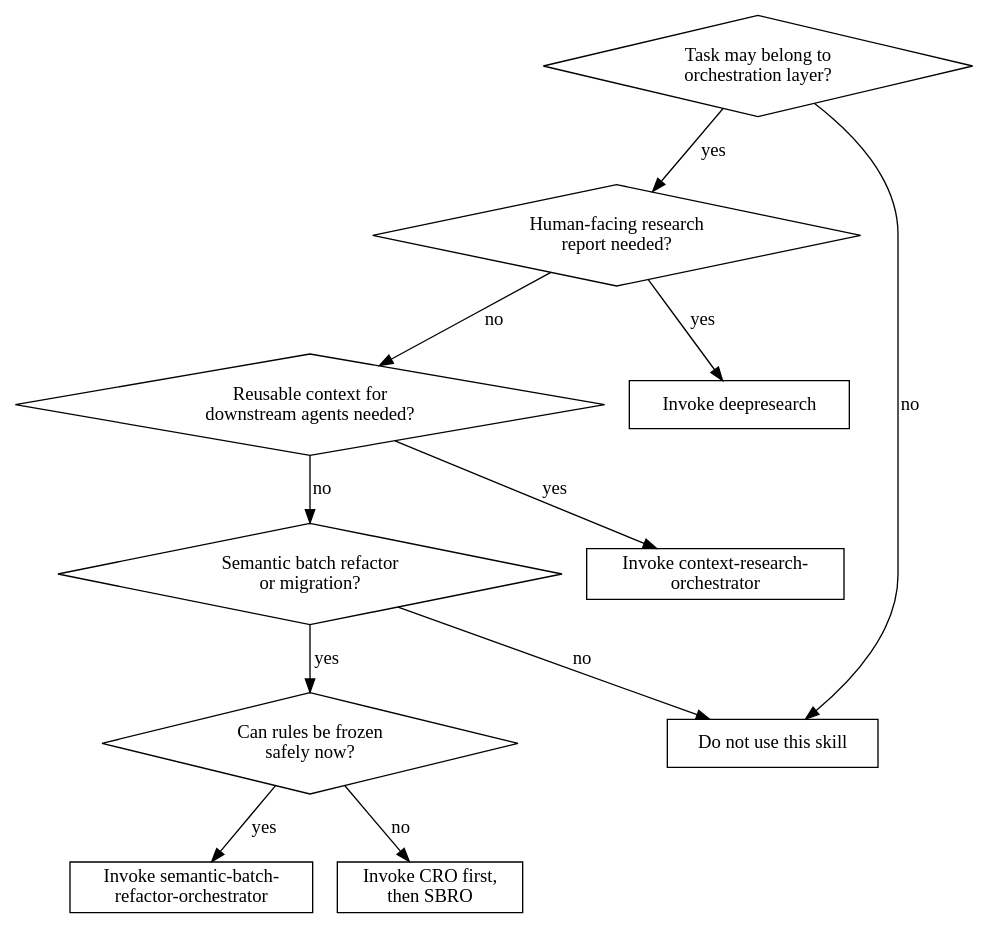
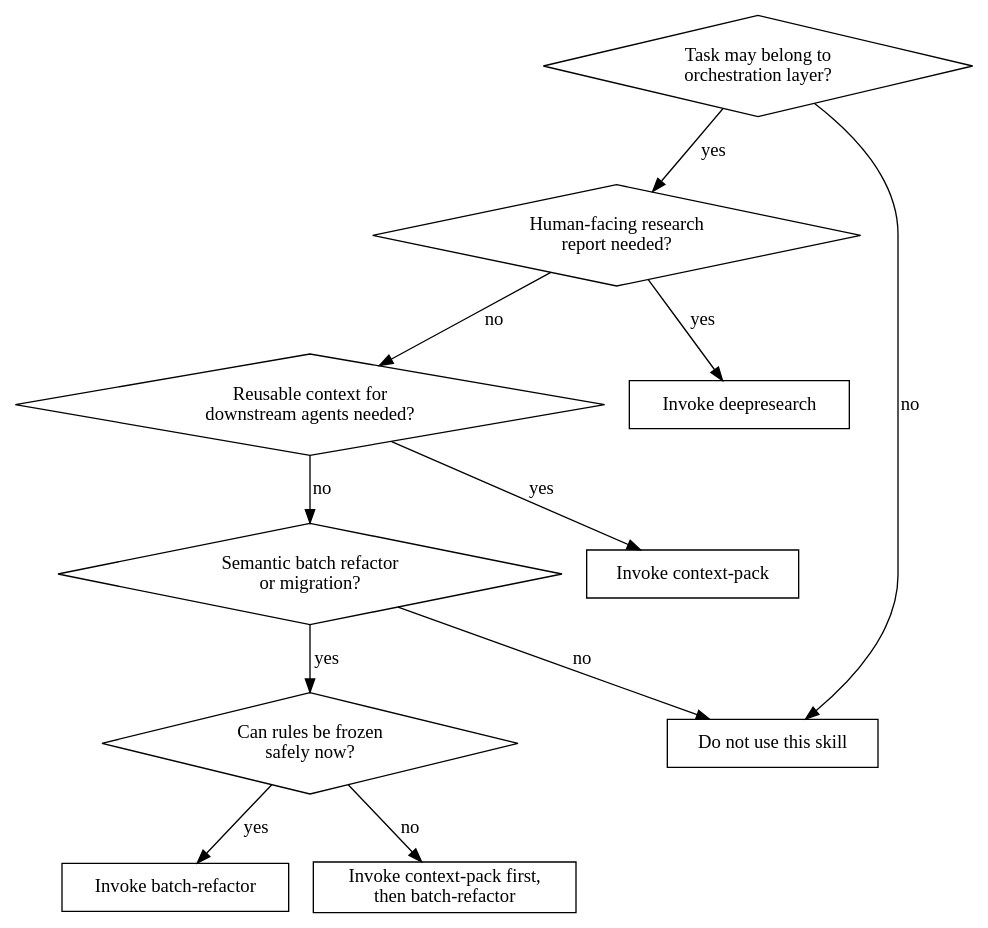
Before and after one commit to caikiji/skills-lab: the diagram in skills/using-orchestration-skills/SKILL.md, drawn with Graphviz. The commit also changed other lines of this file and 23 other files, not shown here.

````diff
--- a/skills/using-orchestration-skills/SKILL.md
+++ b/skills/using-orchestration-skills/SKILL.md
@@ -32,25 +32,25 @@
 ```dot
 digraph orchestration_router {
     "Task may belong to\norchestration layer?" [shape=diamond];
     "Human-facing research\nreport needed?" [shape=diamond];
     "Reusable context for\ndownstream agents needed?" [shape=diamond];
     "Semantic batch refactor\nor migration?" [shape=diamond];
     "Can rules be frozen\nsafely now?" [shape=diamond];
     "Invoke deepresearch" [shape=box];
-    "Invoke context-research-\norchestrator" [shape=box];
-    "Invoke semantic-batch-\nrefactor-orchestrator" [shape=box];
-    "Invoke CRO first,\nthen SBRO" [shape=box];
+    "Invoke context-pack" [shape=box];
+    "Invoke batch-refactor" [shape=box];
+    "Invoke context-pack first,\nthen batch-refactor" [shape=box];
     "Do not use this skill" [shape=box];
 
     "Task may belong to\norchestration layer?" -> "Human-facing research\nreport needed?" [label="yes"];
     "Task may belong to\norchestration layer?" -> "Do not use this skill" [label="no"];
     "Human-facing research\nreport needed?" -> "Invoke deepresearch" [label="yes"];
     "Human-facing research\nreport needed?" -> "Reusable context for\ndownstream agents needed?" [label="no"];
-    "Reusable context for\ndownstream agents needed?" -> "Invoke context-research-\norchestrator" [label="yes"];
+    "Reusable context for\ndownstream agents needed?" -> "Invoke context-pack" [label="yes"];
     "Reusable context for\ndownstream agents needed?" -> "Semantic batch refactor\nor migration?" [label="no"];
     "Semantic batch refactor\nor migration?" -> "Can rules be frozen\nsafely now?" [label="yes"];
     "Semantic batch refactor\nor migration?" -> "Do not use this skill" [label="no"];
-    "Can rules be frozen\nsafely now?" -> "Invoke semantic-batch-\nrefactor-orchestrator" [label="yes"];
-    "Can rules be frozen\nsafely now?" -> "Invoke CRO first,\nthen SBRO" [label="no"];
+    "Can rules be frozen\nsafely now?" -> "Invoke batch-refactor" [label="yes"];
+    "Can rules be frozen\nsafely now?" -> "Invoke context-pack first,\nthen batch-refactor" [label="no"];
 }
 ```
````
